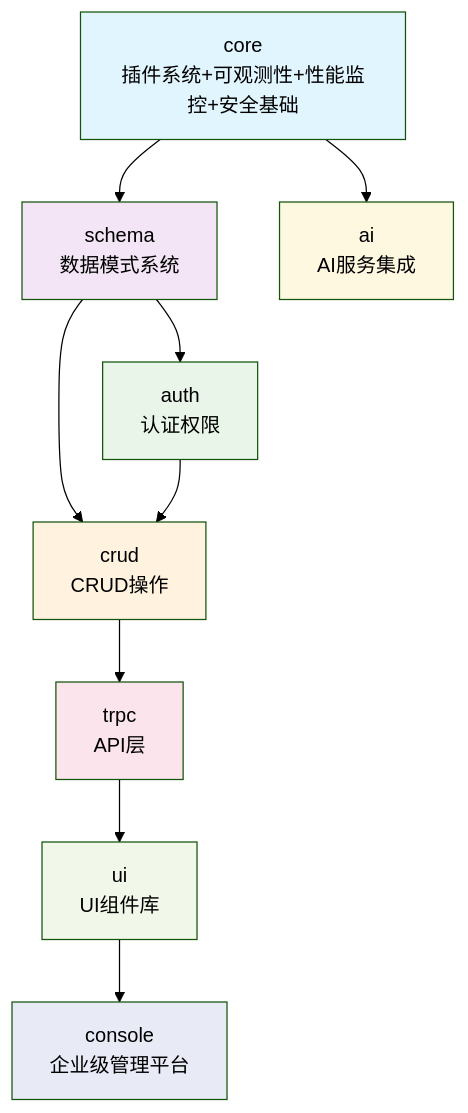
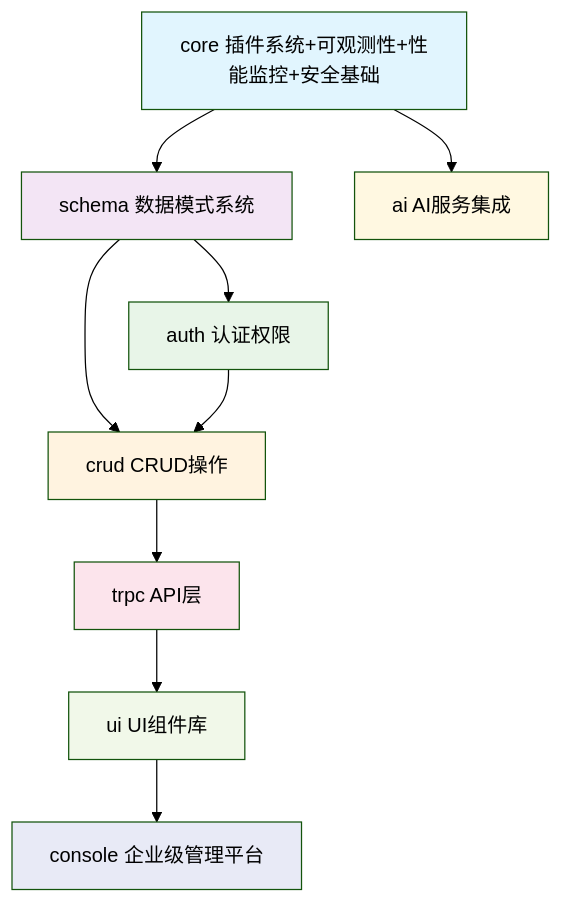
One commit to laofahai/linch-kit changed the second of 7 diagrams in ai-context/zh/system-design/architecture.md. Above: the diagram before and after it, drawn with Mermaid (forest theme). The commit also changed other lines of this file and 354 other files, not shown here.

````diff
--- a/ai-context/zh/system-design/architecture.md
+++ b/ai-context/zh/system-design/architecture.md
@@ -94,29 +94,29 @@
 ```mermaid
 graph TD
-    A[core<br/>插件系统+可观测性+性能监控+安全基础] --> B[schema<br/>数据模式系统]
-    A --> G[ai<br/>AI服务集成]
-    B --> C[auth<br/>认证权限]
-    B --> D[crud<br/>CRUD操作]
+    A[core 插件系统+可观测性+性能监控+安全基础] --> B[schema 数据模式系统]
+    A --> G[ai AI服务集成]
+    B --> C[auth 认证权限]
+    B --> D[crud CRUD操作]
     C --> D
-    D --> E[trpc<br/>API层]
-    E --> F[ui<br/>UI组件库]
-    F --> H[console<br/>企业级管理平台]
+    D --> E[trpc API层]
+    E --> F[ui UI组件库]
+    F --> H[console 企业级管理平台]
 
     classDef level0 fill:#e1f5fe
     classDef level1 fill:#f3e5f5
     classDef level2 fill:#e8f5e8
     classDef level3 fill:#fff3e0
     classDef level4 fill:#fce4ec
     classDef level5 fill:#f1f8e9
     classDef level6 fill:#e8eaf6
     classDef ai fill:#fff8e1
 
     class A level0
     class B level1
     class G ai
     class C level2
     class D level3
     class E level4
     class F level5
     class H level6
 ```
````
